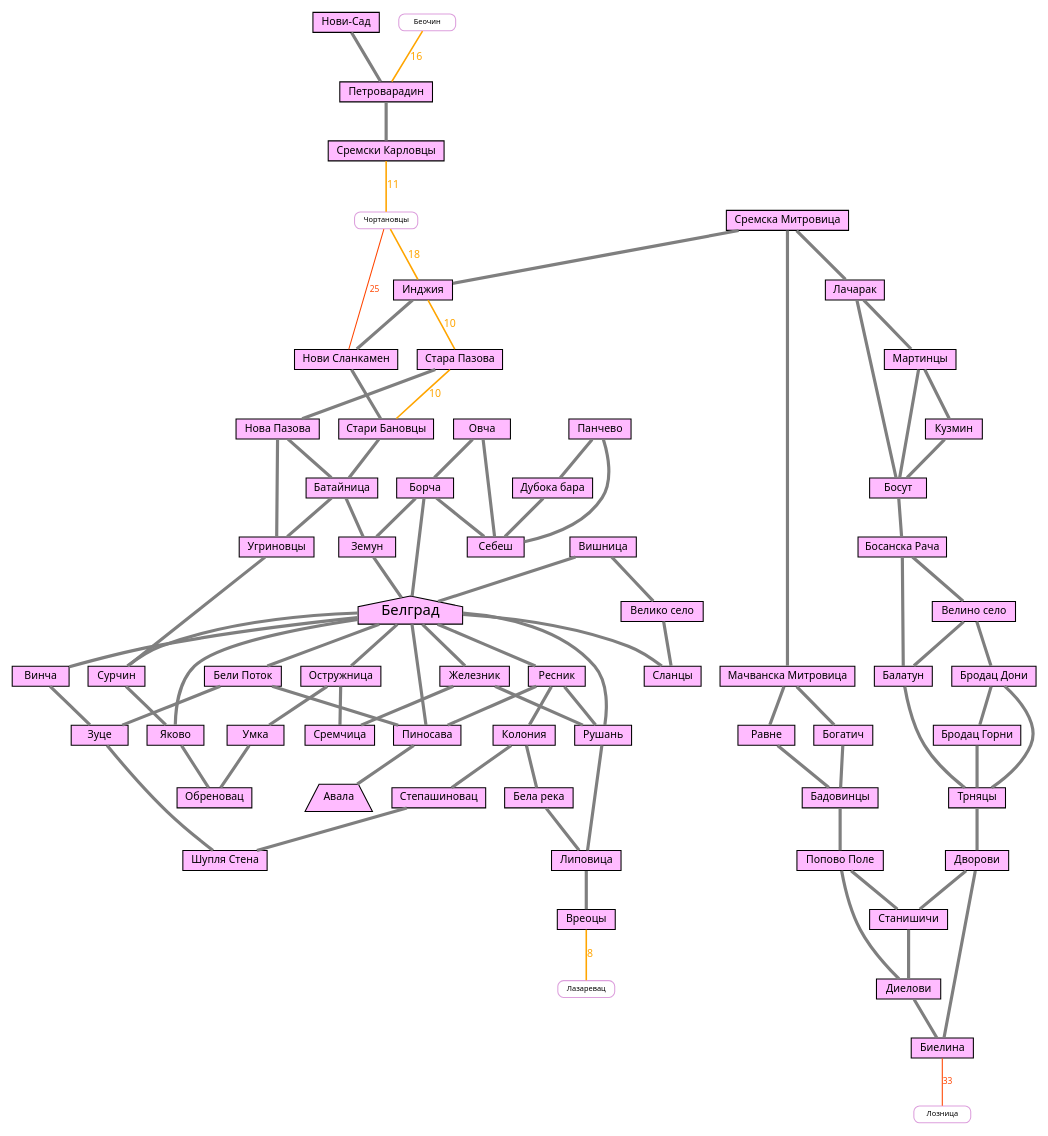
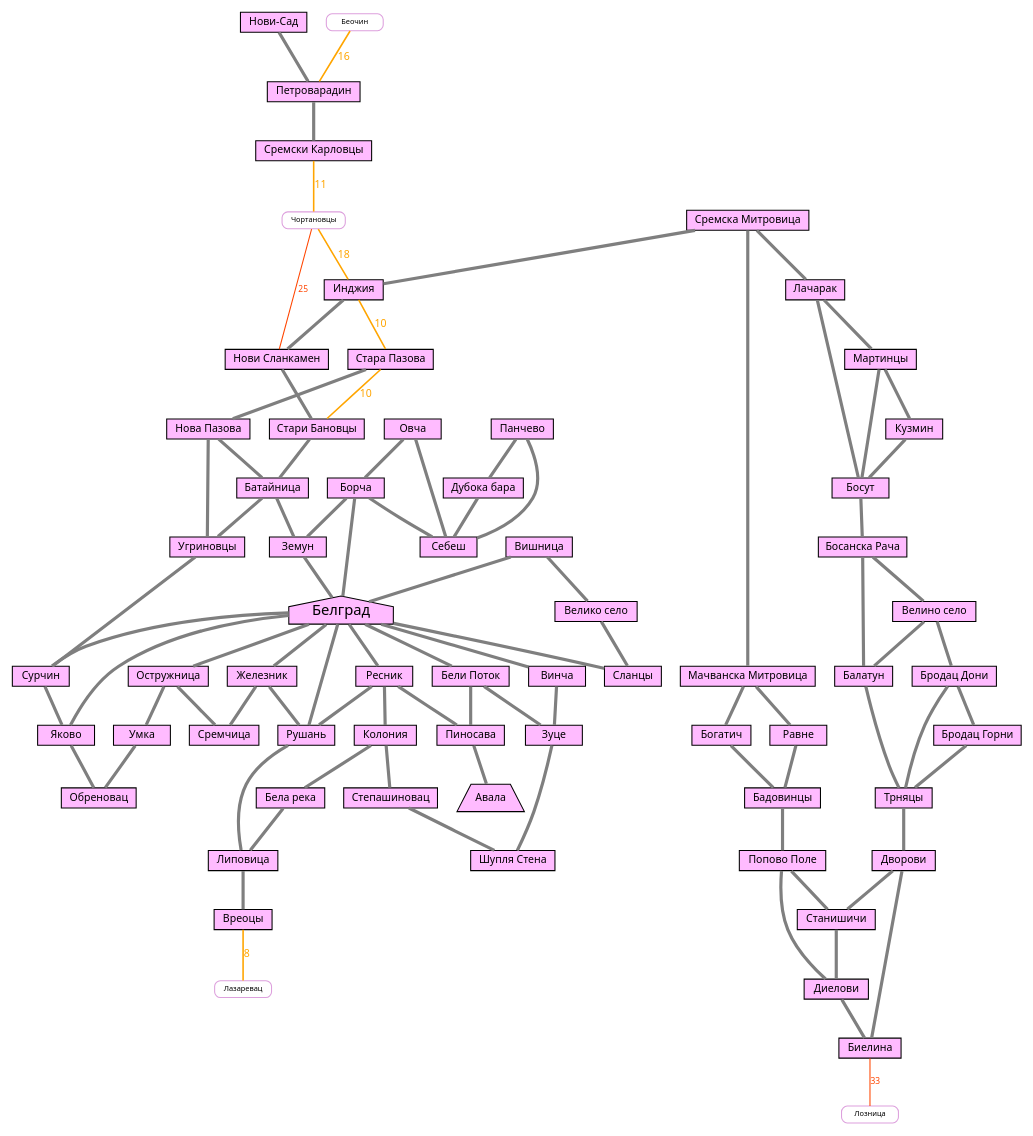
One commit to shoorick/bike-area changed the diagram in serbia.dot. Above: the diagram before and after it, drawn with Graphviz. The commit also changed 1 other file, not shown here.

```diff
--- a/serbia.dot
+++ b/serbia.dot
@@ -1,78 +1,77 @@
 graph G {
     node [ shape=box, fontsize=10, fontname="Noto Sans,sans", style=filled, height=0.2 ]
     edge [ color=gray50, penwidth=3, fontname="Noto Sans,sans" ]
     graph [ overlap=false ]
 
     subgraph belgrade {
     node [ fillcolor=plum1 ]
     Белград [ shape=house, fontsize=14, margin=0.01 ]
     Авала [ shape=trapezium, margin=0.01 ]
 
     "Стара Пазова" -- "Нова Пазова" -- Батайница -- Земун -- Белград
     Белград -- {Ресник Рушань Сланцы Сурчин}
     Вишница -- "Велико село" -- Сланцы
     Вишница -- Белград
     Ресник -- Рушань -- Липовица -- Вреоцы
     Ресник -- Пиносава
     Ресник -- Колония -- "Бела река" -- Липовица
     Колония -- Степашиновац -- "Шупля Стена"
     Белград -- Винча -- Зуце -- "Шупля Стена"
     Белград -- "Бели Поток" -- Зуце
-    "Бели Поток" -- Пиносава
-    Белград -- Пиносава -- Авала
+    "Бели Поток" -- Пиносава -- Авала
     Белград -- Железник -- Рушань
     "Сремска Митровица" -- Инджия -- "Нови Сланкамен" -- "Стари Бановцы" -- Батайница
     "Нова Пазова" -- Угриновцы
     Батайница -- Угриновцы -- Сурчин -- Яково
     Овча -- Борча -- Белград -- Яково -- Обреновац
     Белград -- Остружница -- Умка -- Обреновац
     { Железник Остружница } -- Сремчица
     Овча -- Себеш
     Борча -- Себеш
     Борча -- Земун
     Панчево -- Себеш
     Панчево -- "Дубока бара" -- Себеш
 
     "Сремска Митровица" -- Лачарак -- Мартинцы -- Кузмин -- Босут
     Лачарак -- Босут
     Мартинцы -- Босут -- "Босанска Рача" -- Балатун -- Трняцы
     "Босанска Рача" -- "Велино село" -- "Бродац Дони" -- "Бродац Горни" -- Трняцы
     "Велино село" -- Балатун
     "Бродац Дони" -- Трняцы -- Дворови -- Биелина
     Дворови -- Станишичи -- Диелови -- Биелина
     "Сремска Митровица" -- "Мачванска Митровица" -- { Равне Богатич } -- Бадовинцы
     Бадовинцы -- "Попово Поле" -- Станишичи
     "Попово Поле" -- Диелови
 
     "Нови-Сад" -- Петроварадин -- "Сремски Карловцы"
 }
 
 subgraph failed {
     node [ shape=Mrecord,fillcolor=white,color=plum,fontsize=7, height=0.1 ]
 
     // Ближайшие — можно пройти за час, до 15-20 км
     edge [ color=orange, fontcolor=orange, fontsize=10, penwidth=1.5 ]
     Инджия -- "Стара Пазова" [ label=10 ]
     "Стара Пазова" -- "Стари Бановцы" [ label=10 ]
     Вреоцы -- Лазаревац [ label=8 ]
 
     Беочин -- Петроварадин [ label=16 ]
     "Сремски Карловцы" -- Чортановцы [ label=11 ]
     Чортановцы -- Инджия [ label=18 ]
 
     // Ближние, до 40 км
     edge [ color=orangered, fontcolor=orangered, fontsize=8, penwidth=1 ]
     Чортановцы -- "Нови Сланкамен" [ label=25 ]
     Биелина -- Лозница [ label=33 ]
 
     // Средние — можно пройти за день
     // edge [ color=red, fontcolor=red, style="dashed" ]
 
     // Дальние (от 100 км)
     //edge [ color=plum, fontcolor=plum, style="dotted" ]
 
     // Самые дальние — нереально проехать
     // edge [ color=skyblue, fontcolor=skyblue ]
 }
 
 }
```
